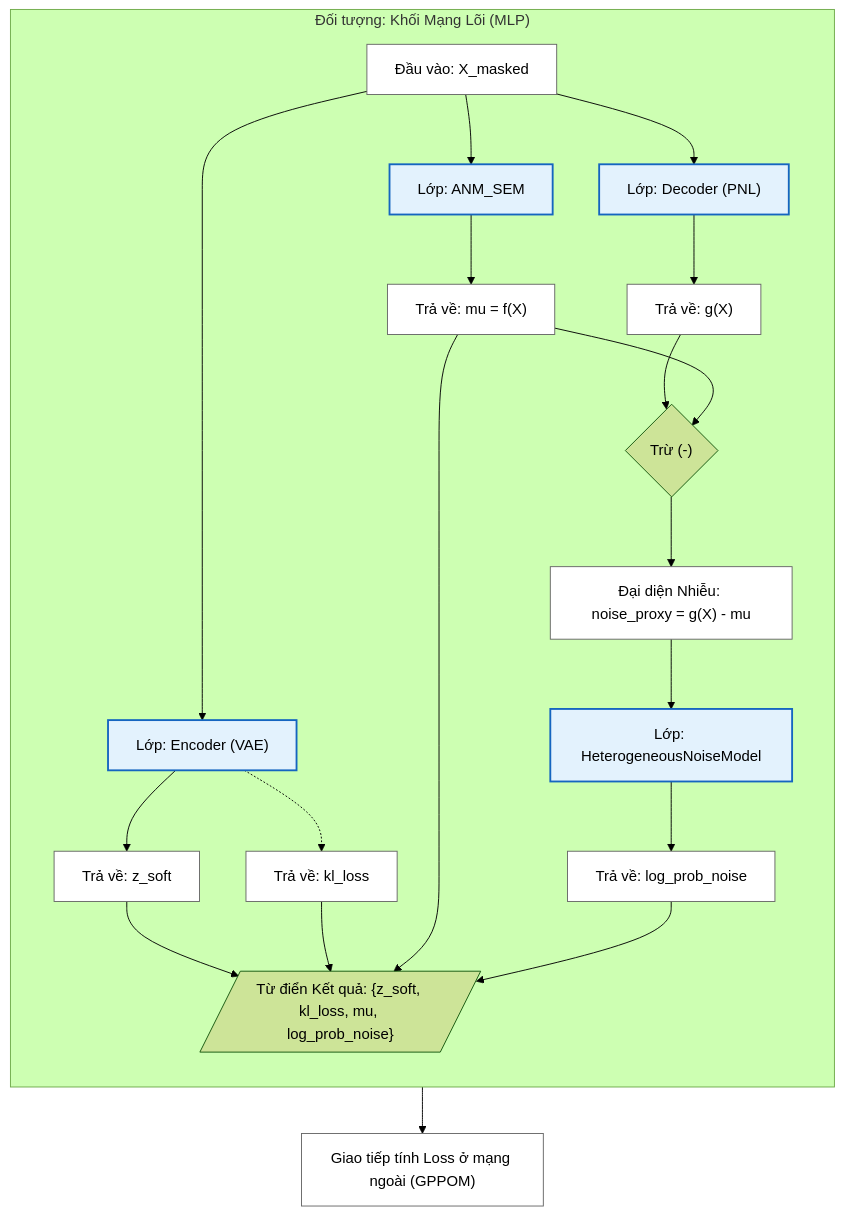
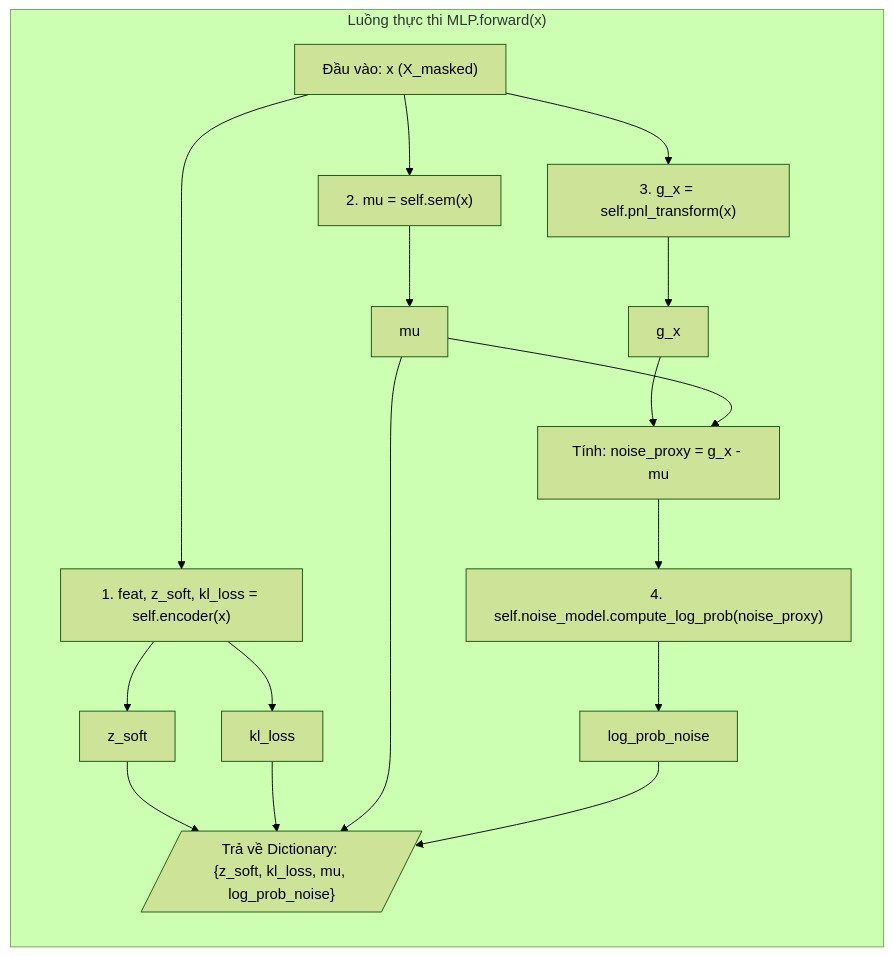
The third of 6 diagrams in docx/Chuong2_MoHinhDeepANM.md (manhthai1706/DeepANM), drawn with Mermaid (forest theme) before and after one commit. The commit also changed other lines of this file, not shown here.

Commit message:
Docs: Remove highlights and redraw Figure 2.3 strictly according to MLP forward method

````diff
--- a/docx/Chuong2_MoHinhDeepANM.md
+++ b/docx/Chuong2_MoHinhDeepANM.md
@@ -88,36 +85,29 @@
 ```mermaid
 graph TD
-    classDef wrapper fill:#f5f5f5,stroke:#333,stroke-width:2px,stroke-dasharray: 5 5;
-    classDef pyclass fill:#e3f2fd,stroke:#1565c0,stroke-width:2px;
-    classDef var fill:#fff,stroke:#666,stroke-width:1px;
+    X["Đầu vào: x (X_masked)"]
     
-    Input["Đầu vào: X_masked"]:::var
-    
-    subgraph MLP_Class ["Đối tượng: Khối Mạng Lõi (MLP)"]
+    subgraph MLP_Forward ["Luồng thực thi MLP.forward(x)"]
         direction TB
         
-        Input --> Enc["Lớp: Encoder (VAE)"]:::pyclass
-        Enc --> Z["Trả về: z_soft"]:::var
-        Enc -.-> KL["Trả về: kl_loss"]:::var
+        X --> Step1_Enc["1. feat, z_soft, kl_loss = self.encoder(x)"]
+        Step1_Enc --> z_soft["z_soft"]
+        Step1_Enc --> kl_loss["kl_loss"]
         
-        Input --> SEM["Lớp: ANM_SEM"]:::pyclass
-        SEM --> Mu["Trả về: mu = f(X)"]:::var
+        X --> Step2_SEM["2. mu = self.sem(x)"]
+        Step2_SEM --> mu["mu"]
         
-        Input --> Dec["Lớp: Decoder (PNL)"]:::pyclass
-        Dec --> GX["Trả về: g(X)"]:::var
+        X --> Step3_Dec["3. g_x = self.pnl_transform(x)"]
+        Step3_Dec --> g_x["g_x"]
         
-        GX --> Sub{"Trừ (-)"}
-        Mu --> Sub
-        Sub --> Proxy["Đại diện Nhiễu: noise_proxy = g(X) - mu"]:::var
+        g_x --> CalcProxy["Tính: noise_proxy = g_x - mu"]
+        mu --> CalcProxy
         
-        Proxy --> GMM["Lớp: HeterogeneousNoiseModel"]:::pyclass
-        GMM --> NLL["Trả về: log_prob_noise"]:::var
+        CalcProxy --> Step4_Noise["4. \nself.noise_model.compute_log_prob(noise_proxy)"]
+        Step4_Noise --> log_prob_noise["log_prob_noise"]
         
-        Z --> Results[/"Từ điển Kết quả: {z_soft, kl_loss, mu, log_prob_noise}"/]
-        KL --> Results
-        Mu --> Results
-        NLL --> Results
+        z_soft --> Output[/"Trả về Dictionary: \n{z_soft, kl_loss, mu, log_prob_noise}"/]
+        kl_loss --> Output
+        mu --> Output
+        log_prob_noise --> Output
     end
-    
-    Results --> Loss["Giao tiếp tính Loss ở mạng ngoài (GPPOM)"]:::var
 ```
````
